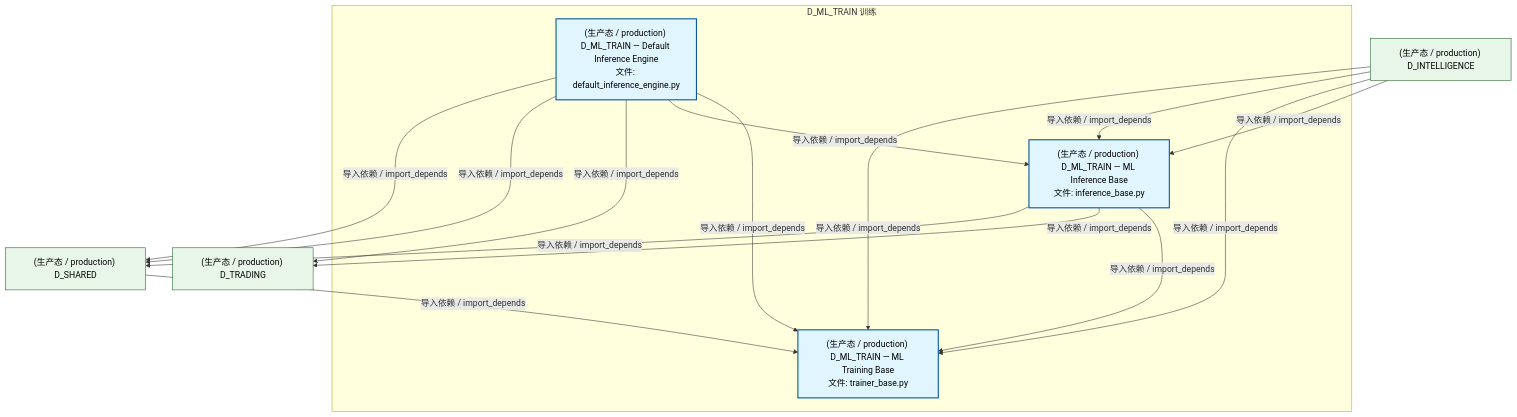
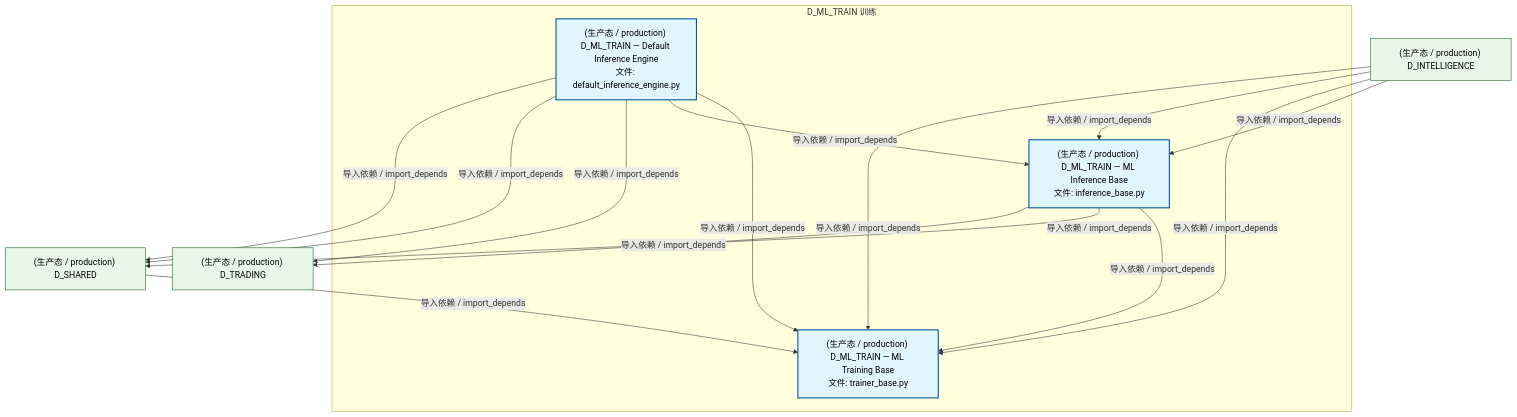
Before and after one commit to xuanFelixVan/ZephyrAlpha: the second of 4 diagrams in docs/02_enterprise_architecture/02_domain_architecture_docs/49_d_ml_train.md, drawn with Mermaid. The commit also changed other lines of this file and 23 other files, not shown here.

````diff
--- a/docs/02_enterprise_architecture/02_domain_architecture_docs/49_d_ml_train.md
+++ b/docs/02_enterprise_architecture/02_domain_architecture_docs/49_d_ml_train.md
@@ -101,30 +101,30 @@
 ```mermaid
 graph TD
     subgraph D_ML_TRAIN["D_ML_TRAIN 训练"]
         src_zephyr_ml_train_implementations_default_inference_engine_py["(生产态 / production) D_ML_TRAIN — Default Inference Engine<br/>文件: default_inference_engine.py"]
         src_zephyr_ml_train_inference_base_py["(生产态 / production) D_ML_TRAIN — ML Inference Base<br/>文件: inference_base.py"]
         src_zephyr_ml_train_trainer_base_py["(生产态 / production) D_ML_TRAIN — ML Training Base<br/>文件: trainer_base.py"]
     end
-    src_zephyr_ml_train_inference_base_py -->|导入依赖 / import_depends| src_zephyr_ml_train_trainer_base_py
     src_zephyr_ml_train_implementations_default_inference_engine_py -->|导入依赖 / import_depends| src_zephyr_ml_train_trainer_base_py
     src_zephyr_ml_train_implementations_default_inference_engine_py -->|导入依赖 / import_depends| src_zephyr_ml_train_inference_base_py
+    src_zephyr_ml_train_inference_base_py -->|导入依赖 / import_depends| src_zephyr_ml_train_trainer_base_py
     D_TRADING["(生产态 / production) D_TRADING"]
-    src_zephyr_ml_train_inference_base_py -->|导入依赖 / import_depends| D_TRADING
+    src_zephyr_ml_train_implementations_default_inference_engine_py -->|导入依赖 / import_depends| D_TRADING
     D_SHARED["(生产态 / production) D_SHARED"]
     src_zephyr_ml_train_inference_base_py -->|导入依赖 / import_depends| D_SHARED
-    src_zephyr_ml_train_implementations_default_inference_engine_py -->|导入依赖 / import_depends| D_TRADING
+    src_zephyr_ml_train_inference_base_py -->|导入依赖 / import_depends| D_TRADING
     src_zephyr_ml_train_implementations_default_inference_engine_py -->|导入依赖 / import_depends| D_SHARED
     src_zephyr_ml_train_implementations_default_inference_engine_py -->|导入依赖 / import_depends| D_SHARED
     D_INTELLIGENCE["(生产态 / production) D_INTELLIGENCE"]
     D_INTELLIGENCE -->|导入依赖 / import_depends| src_zephyr_ml_train_inference_base_py
     D_INTELLIGENCE -->|导入依赖 / import_depends| src_zephyr_ml_train_trainer_base_py
     D_SHARED -->|导入依赖 / import_depends| src_zephyr_ml_train_trainer_base_py
     D_INTELLIGENCE -->|导入依赖 / import_depends| src_zephyr_ml_train_inference_base_py
     D_INTELLIGENCE -->|导入依赖 / import_depends| src_zephyr_ml_train_trainer_base_py
     classDef production fill:#e1f5fe,stroke:#01579b,stroke-width:2px,color:#000
     classDef design fill:#fff3e0,stroke:#e65100,stroke-width:2px,color:#000,stroke-dasharray: 5 5
     classDef external_prod fill:#e8f5e9,stroke:#1b5e20,stroke-width:1px,color:#000
     classDef external_design fill:#fce4ec,stroke:#880e4f,stroke-width:1px,color:#000,stroke-dasharray: 5 5
     class src_zephyr_ml_train_implementations_default_inference_engine_py,src_zephyr_ml_train_inference_base_py,src_zephyr_ml_train_trainer_base_py production
     class D_TRADING,D_SHARED,D_INTELLIGENCE external_prod
 ```
````
